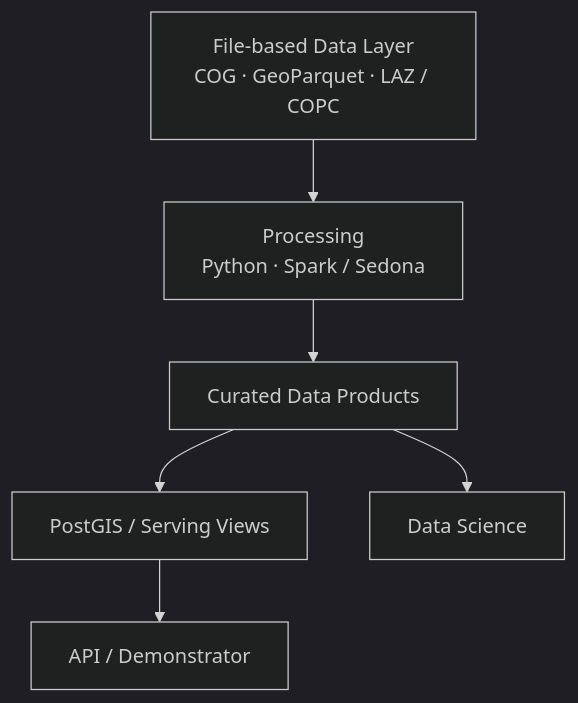
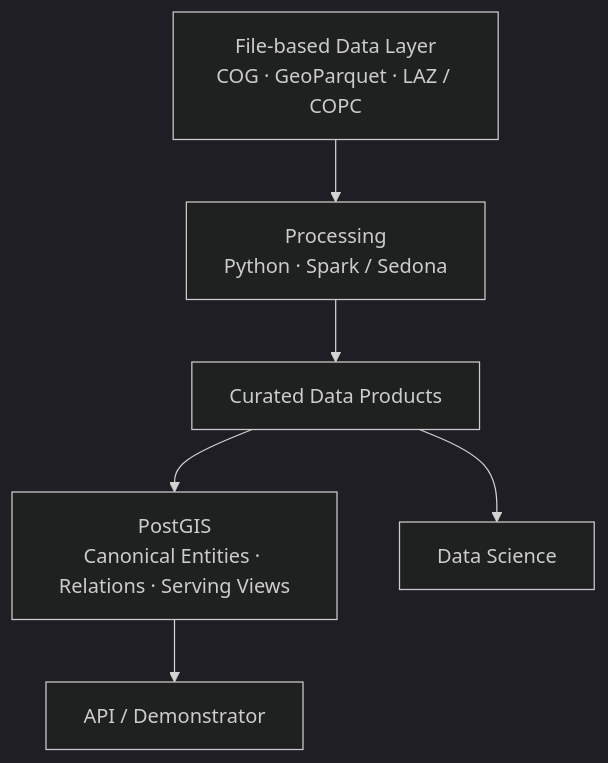
Before and after one commit to Thomas-Malchers/urban_ai_lab: the diagram in docs/l2-storage-access.md, drawn with Mermaid (dark theme). The commit also changed other lines of this file and 12 other files, not shown here.

````diff
--- a/docs/l2-storage-access.md
+++ b/docs/l2-storage-access.md
@@ -9,12 +9,12 @@
 ```mermaid
 flowchart TD
     F["File-based Data Layer<br/>COG · GeoParquet · LAZ / COPC"]
     P["Processing<br/>Python · Spark / Sedona"]
     C["Curated Data Products"]
-    DB["PostGIS / Serving Views"]
+    DB["PostGIS<br/>Canonical Entities · Relations · Serving Views"]
     DS["Data Science"]
     API["API / Demonstrator"]
     F --> P --> C
     C --> DS
     C --> DB --> API
 ```
````
